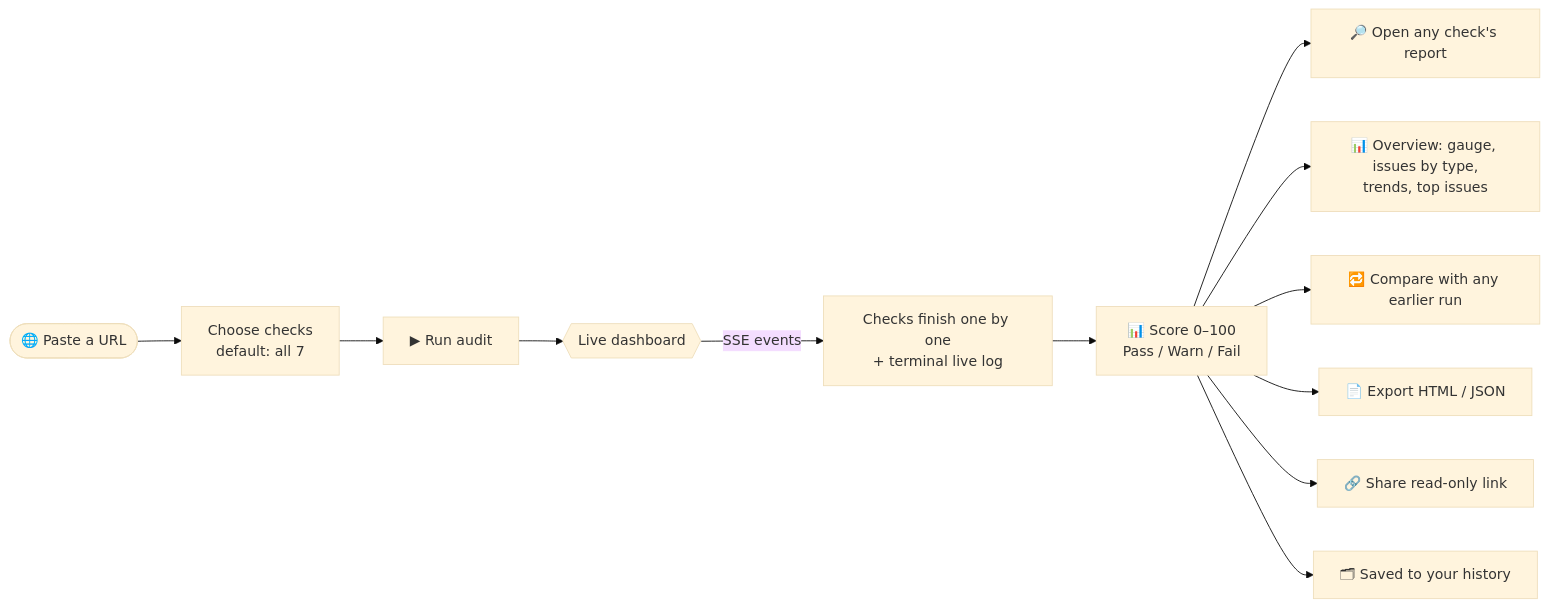
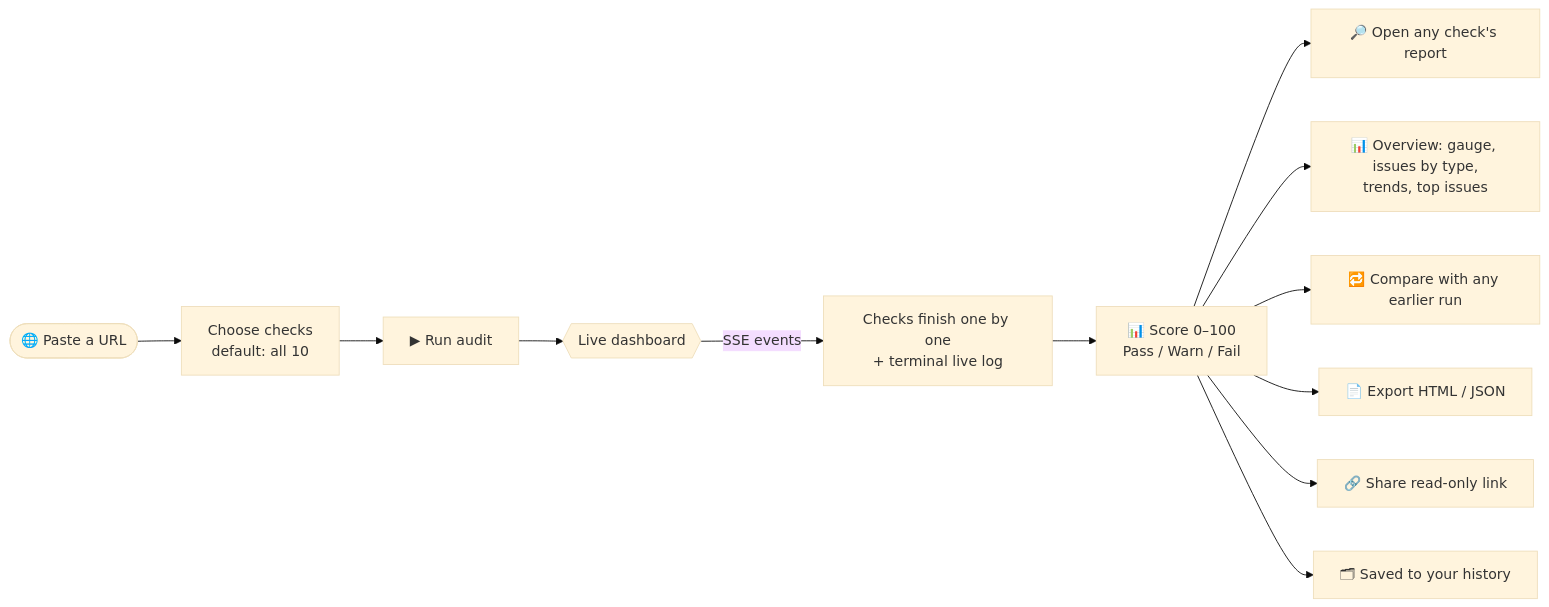
The first of 4 diagrams in README.md (Pubudugunawardhana/PulseQA-Automated-Web-Auditing), drawn with Mermaid (base theme) before and after one commit. The commit also changed other lines of this file and 7 other files, not shown here.

Commit message:
feat(audit): update README with new checks and improve test fixture metadata feat(database): add visual baselines table and update snapshot for new schema chore: enhance package.json for Playwright installation and add new dependencies test: add SEO and visual regression helper tests

````diff
--- a/README.md
+++ b/README.md
@@ -83,14 +83,14 @@
 ```mermaid
 flowchart LR
-    A([🌐 Paste a URL]) --> B[Choose checks<br/>default: all 7]
+    A([🌐 Paste a URL]) --> B[Choose checks<br/>default: all 10]
     B --> C[▶ Run audit]
     C --> D{{Live dashboard}}
     D -->|SSE events| E[Checks finish one by one<br/>+ terminal live log]
     E --> F[📊 Score 0–100<br/>Pass / Warn / Fail]
     F --> G[🔎 Open any check's report]
     F --> O[📊 Overview: gauge, issues by type,<br/>trends, top issues]
     F --> H[🔁 Compare with any earlier run]
     F --> I[📄 Export HTML / JSON]
     F --> J[🔗 Share read-only link]
     F --> K[🗂 Saved to your history]
 ```
````
